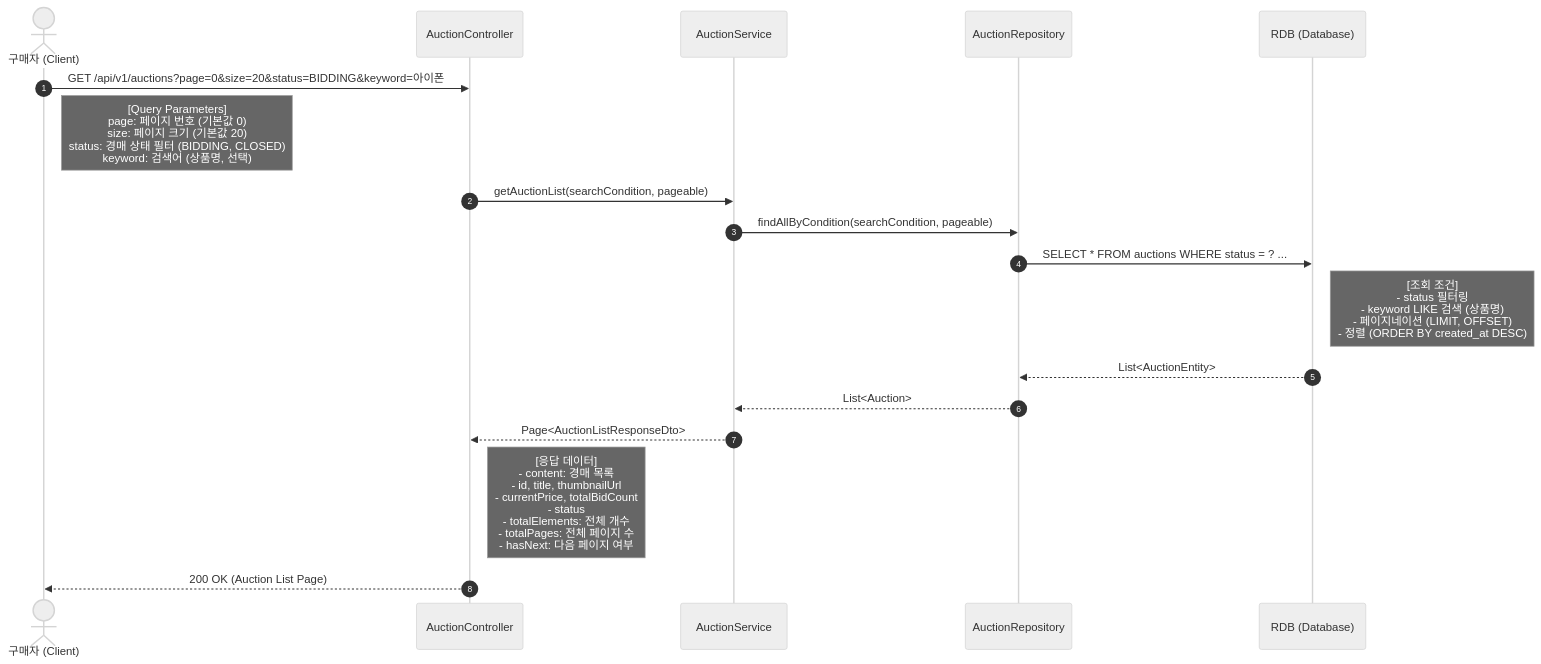
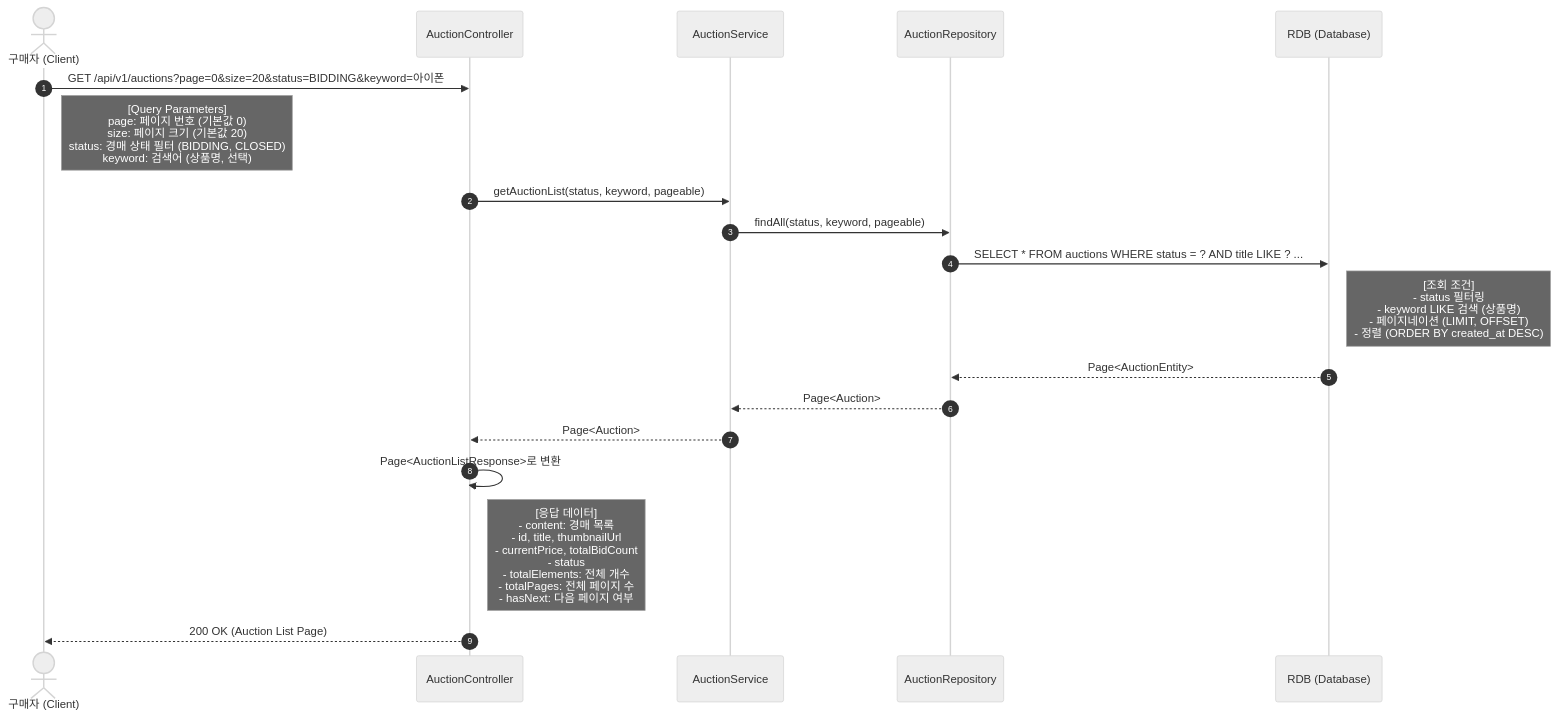
The diagram in docs/feature/auction/경매목록조회.mmd (ahn-h-j/Fairbid), drawn with Mermaid (neutral theme) before and after one commit. The commit also changed 6 other files, not shown here.

```diff
--- a/docs/feature/auction/경매목록조회.mmd
+++ b/docs/feature/auction/경매목록조회.mmd
@@ -1,22 +1,23 @@
 sequenceDiagram
     autonumber
     actor Buyer as 구매자 (Client)
     participant Ctrl as AuctionController
     participant Svc as AuctionService
     participant Repo as AuctionRepository
     participant RDB as RDB (Database)
 
     Buyer->>Ctrl: GET /api/v1/auctions?page=0&size=20&status=BIDDING&keyword=아이폰
     Note right of Buyer: [Query Parameters]<br/>page: 페이지 번호 (기본값 0)<br/>size: 페이지 크기 (기본값 20)<br/>status: 경매 상태 필터 (BIDDING, CLOSED)<br/>keyword: 검색어 (상품명, 선택)
 
-    Ctrl->>Svc: getAuctionList(searchCondition, pageable)
+    Ctrl->>Svc: getAuctionList(status, keyword, pageable)
 
-    Svc->>Repo: findAllByCondition(searchCondition, pageable)
-    Repo->>RDB: SELECT * FROM auctions WHERE status = ? ...
+    Svc->>Repo: findAll(status, keyword, pageable)
+    Repo->>RDB: SELECT * FROM auctions WHERE status = ? AND title LIKE ? ...
     Note right of RDB: [조회 조건]<br/>- status 필터링<br/>- keyword LIKE 검색 (상품명)<br/>- 페이지네이션 (LIMIT, OFFSET)<br/>- 정렬 (ORDER BY created_at DESC)
-    RDB-->>Repo: List<AuctionEntity>
-    Repo-->>Svc: List<Auction>
+    RDB-->>Repo: Page<AuctionEntity>
+    Repo-->>Svc: Page<Auction>
 
-    Svc-->>Ctrl: Page<AuctionListResponseDto>
+    Svc-->>Ctrl: Page<Auction>
+    Ctrl->>Ctrl: Page<AuctionListResponse>로 변환
     Note right of Ctrl: [응답 데이터]<br/>- content: 경매 목록<br/>  - id, title, thumbnailUrl<br/>  - currentPrice, totalBidCount<br/>  - status<br/>- totalElements: 전체 개수<br/>- totalPages: 전체 페이지 수<br/>- hasNext: 다음 페이지 여부
     Ctrl-->>Buyer: 200 OK (Auction List Page)
```
